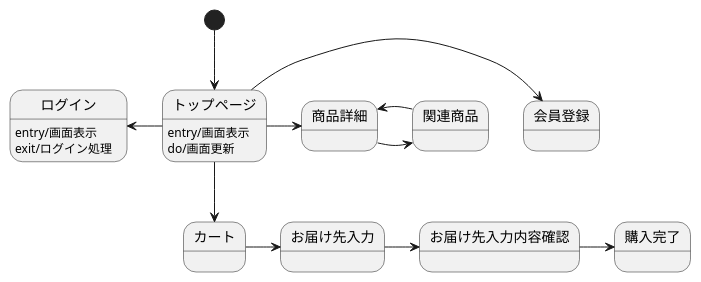
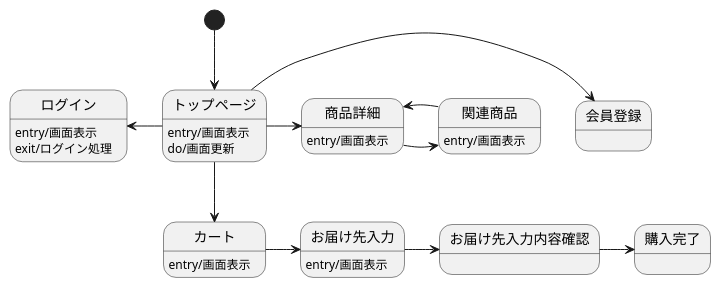
Before and after one commit to aso2001036/2021sys-design: the diagram in 12.md, drawn with PlantUML.

````diff
--- a/12.md
+++ b/12.md
@@ -1,18 +1,26 @@
 ```uml
 @startuml
 [*] --> トップページ
 トップページ -> 会員登録
 トップページ -left-> ログイン
 ログイン : entry/画面表示
 ログイン : exit/ログイン処理
 トップページ --> カート
 トップページ -> 商品詳細
 トップページ : entry/画面表示
 トップページ : do/画面更新
 商品詳細 -> 関連商品
+関連商品 : entry/画面表示
+
 関連商品 -> 商品詳細
+商品詳細 : entry/画面表示
+
 カート -> お届け先入力
+カート : entry/画面表示
+
 お届け先入力 -> お届け先入力内容確認
+お届け先入力 : entry/画面表示
+
 お届け先入力内容確認 -> 購入完了
 @enduml
 ```
````
